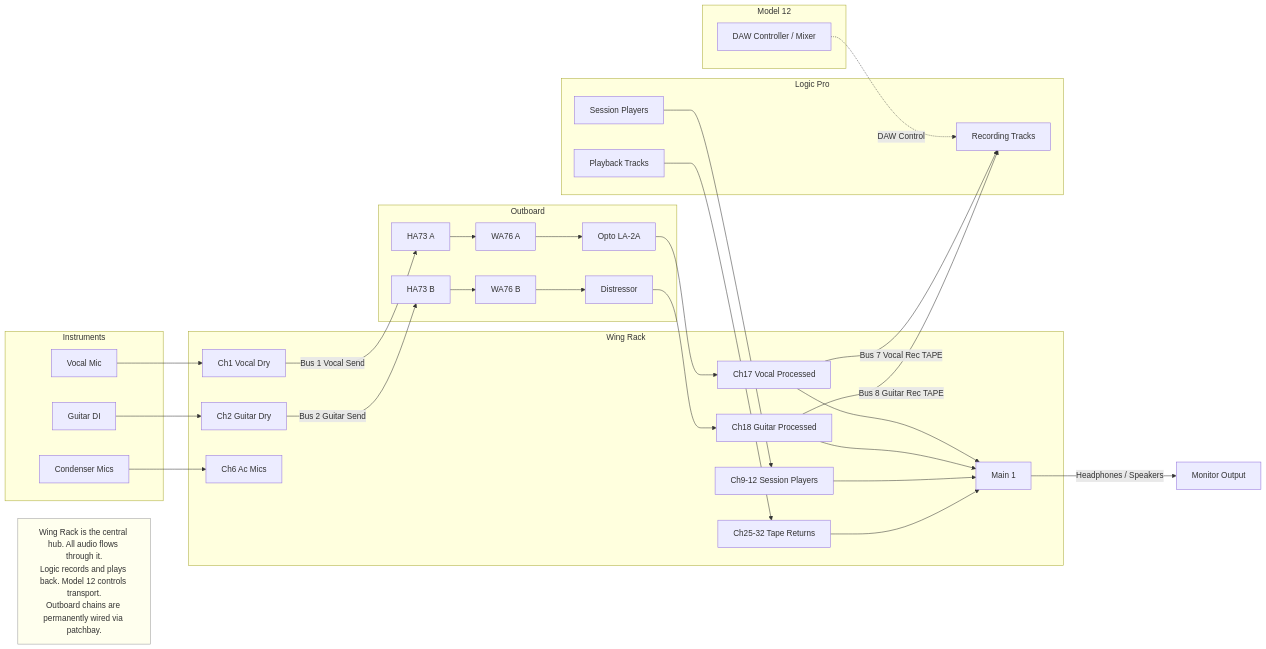
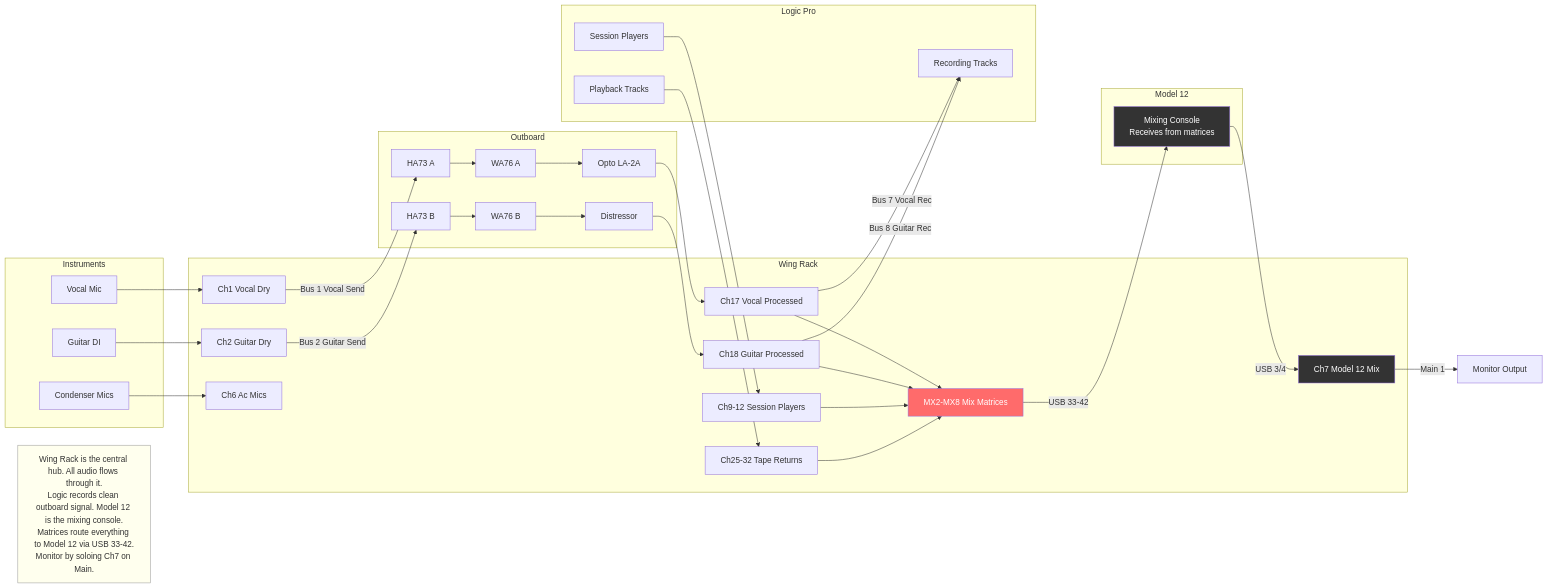
The first of 21 diagrams in docs/diagrams.md (ldenman/studio-setup), drawn with Mermaid before and after one commit. The commit also changed other lines of this file and 1 other file, not shown here.

First line of the commit message:
Update all diagrams for mix matrices and tape aux loop

````diff
--- a/docs/diagrams.md
+++ b/docs/diagrams.md
@@ -9,63 +9,67 @@
 ```mermaid
 graph LR
     subgraph Instruments
         MIC[Vocal Mic]
         DI[Guitar DI]
         COND[Condenser Mics]
     end
 
     subgraph Wing Rack
         CH1[Ch1 Vocal Dry]
         CH2[Ch2 Guitar Dry]
         CH6[Ch6 Ac Mics]
         CH17[Ch17 Vocal Processed]
         CH18[Ch18 Guitar Processed]
         CH9[Ch9-12 Session Players]
         CH25[Ch25-32 Tape Returns]
-        MAIN[Main 1]
+        CH7[Ch7 Model 12 Mix]
+        MX[MX2-MX8 Mix Matrices]
     end
 
     subgraph Outboard
         HA73A[HA73 A]
         WA76A[WA76 A]
         OPTO[Opto LA-2A]
         HA73B[HA73 B]
         WA76B[WA76 B]
         DIST[Distressor]
     end
 
     subgraph Logic Pro
         REC[Recording Tracks]
         SP[Session Players]
         PLAY[Playback Tracks]
     end
 
     subgraph Model 12
-        M12[DAW Controller / Mixer]
+        M12[Mixing Console<br/>Receives from matrices]
     end
 
     MIC --> CH1
     DI --> CH2
     COND --> CH6
 
     CH1 -->|Bus 1 Vocal Send| HA73A --> WA76A --> OPTO --> CH17
     CH2 -->|Bus 2 Guitar Send| HA73B --> WA76B --> DIST --> CH18
 
-    CH17 -->|Bus 7 Vocal Rec TAPE| REC
-    CH18 -->|Bus 8 Guitar Rec TAPE| REC
+    CH17 -->|Bus 7 Vocal Rec| REC
+    CH18 -->|Bus 8 Guitar Rec| REC
 
     SP --> CH9
     PLAY --> CH25
 
-    CH17 --> MAIN
-    CH18 --> MAIN
-    CH9 --> MAIN
-    CH25 --> MAIN
-    MAIN -->|Headphones / Speakers| OUT[Monitor Output]
+    CH17 --> MX
+    CH18 --> MX
+    CH9 --> MX
+    CH25 --> MX
+    MX -->|USB 33-42| M12
+    M12 -->|USB 3/4| CH7
+    CH7 -->|Main 1| OUT[Monitor Output]
 
-    M12 -.->|DAW Control| REC
-
-    NOTE[Wing Rack is the central hub. All audio flows through it.<br/>Logic records and plays back. Model 12 controls transport.<br/>Outboard chains are permanently wired via patchbay.]
+    NOTE[Wing Rack is the central hub. All audio flows through it.<br/>Logic records clean outboard signal. Model 12 is the mixing console.<br/>Matrices route everything to Model 12 via USB 33-42.<br/>Monitor by soloing Ch7 on Main.]
 
     style NOTE fill:#ffe,stroke:#999
+    style M12 fill:#333,color:#fff
+    style CH7 fill:#333,color:#fff
+    style MX fill:#FF6B6B,color:#fff
 ```
````
